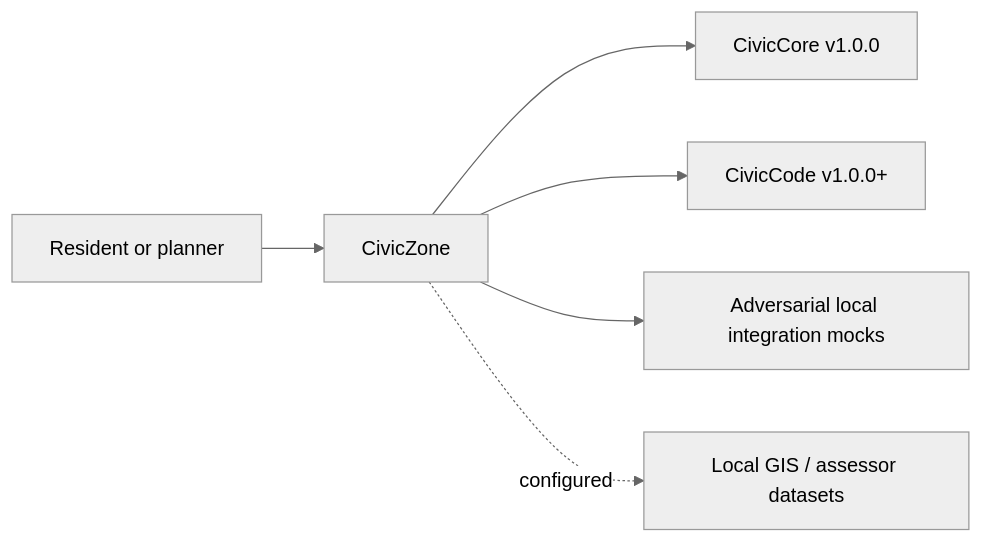
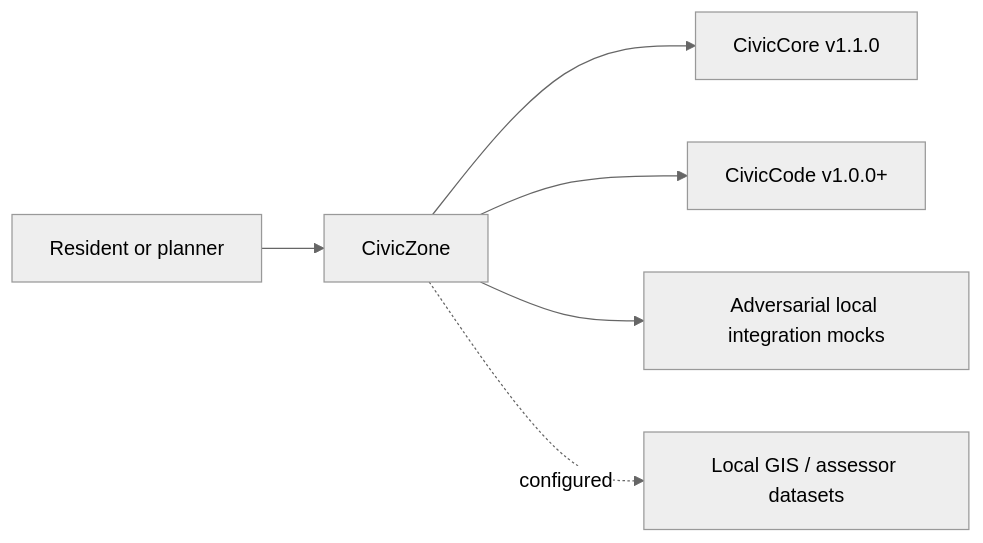
One commit to CivicSuite/civiczone changed the diagram in USER-MANUAL.md. Above: the diagram before and after it, drawn with Mermaid (neutral theme). The commit also changed other lines of this file and 50 other files, not shown here.

Commit message:
release: promote CivicZone v1.0.0 public use (#18)

````diff
--- a/USER-MANUAL.md
+++ b/USER-MANUAL.md
@@ -53,8 +54,8 @@
 ```mermaid
 flowchart LR
   Resident["Resident or planner"] --> CivicZone["CivicZone"]
-CivicZone --> CivicCore["CivicCore v1.0.0"]
+CivicZone --> CivicCore["CivicCore v1.1.0"]
 CivicZone --> CivicCode["CivicCode v1.0.0+"]
 CivicZone --> LocalMocks["Adversarial local integration mocks"]
 CivicZone -. configured .-> GIS["Local GIS / assessor datasets"]
 ```
````
